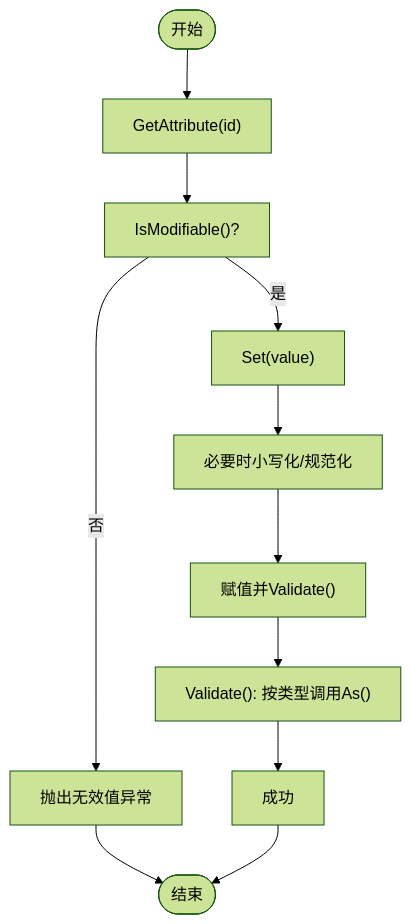
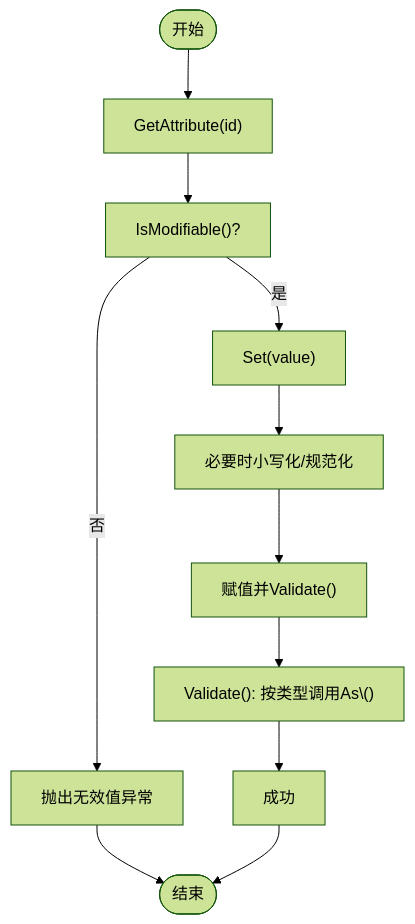
Before and after one commit to kkaaddff/carla-docs: the fourth of 5 diagrams in content/API参考/C++ API/角色系统/属性管理.md, drawn with Mermaid (forest theme). The commit also changed other lines of this file and 202 other files, not shown here.

````diff
--- a/content/API参考/C++ API/角色系统/属性管理.md
+++ b/content/API参考/C++ API/角色系统/属性管理.md
@@ -225,13 +210,13 @@
 ```mermaid
 flowchart TD
 Start(["开始"]) --> GetAttr["GetAttribute(id)"]
 GetAttr --> CheckMod["IsModifiable()?"]
 CheckMod --> |否| ThrowRO["抛出无效值异常"]
 CheckMod --> |是| Parse["Set(value)"]
 Parse --> Normalize["必要时小写化/规范化"]
 Normalize --> Assign["赋值并Validate()"]
-Assign --> Validate["Validate(): 按类型调用As<T>()"]
+Assign --> Validate["Validate(): 按类型调用As\<T\>()"]
 Validate --> Ok["成功"]
 ThrowRO --> End(["结束"])
 Ok --> End
 ```
````
